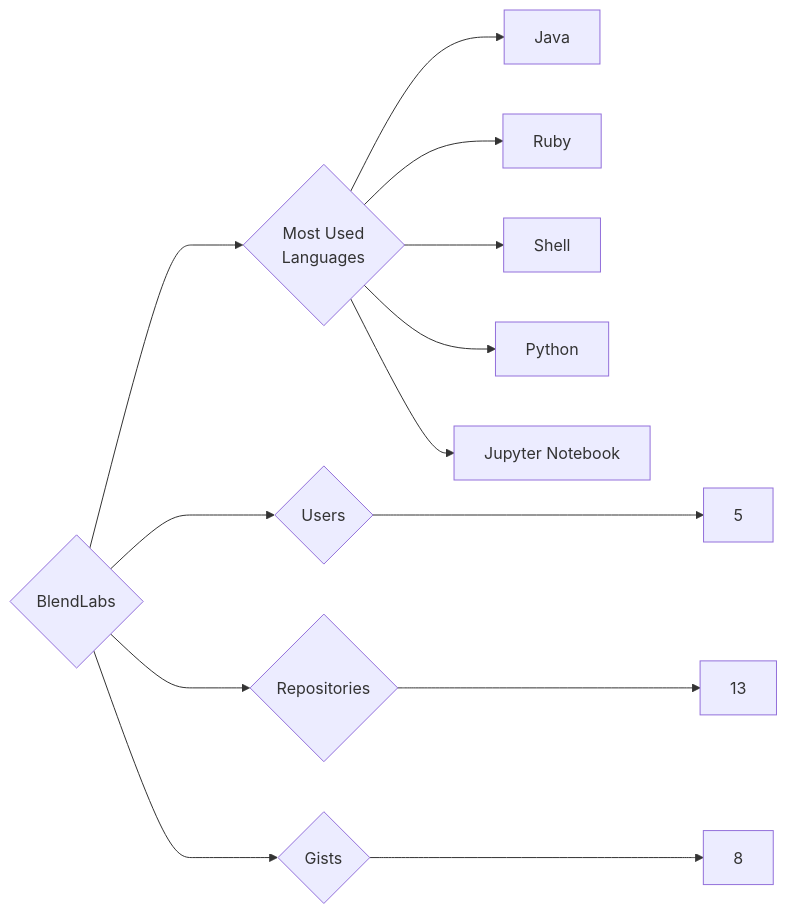
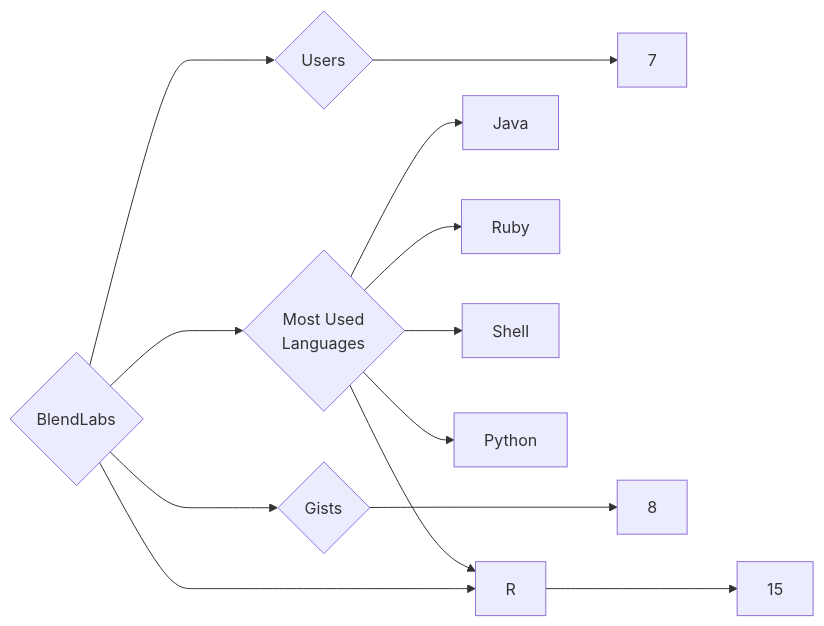
The diagram in targets/BlendLabs/README.md (trickest/insiders), drawn with Mermaid before and after one commit. The commit also changed 815 other files, not shown here.

````diff
--- a/targets/BlendLabs/README.md
+++ b/targets/BlendLabs/README.md
@@ -3,13 +3,13 @@
 ```mermaid
 graph LR
 COMPANY_NAME{BlendLabs}
-COMPANY_NAME ---> U{Users} ---> UN[5]
-COMPANY_NAME ---> R{Repositories} ---> RN[13]
+COMPANY_NAME ---> U{Users} ---> UN[7]
+COMPANY_NAME ---> R{Repositories} ---> RN[15]
 COMPANY_NAME ---> G{Gists} ---> GN[8]
 COMPANY_NAME ---> ML{Most Used<br>Languages}
 ML --> Java[Java]
 ML --> Ruby[Ruby]
 ML --> Shell[Shell]
+ML --> R[R]
 ML --> Python[Python]
-ML --> Jupyter_Notebook[Jupyter Notebook]
 ```
````
